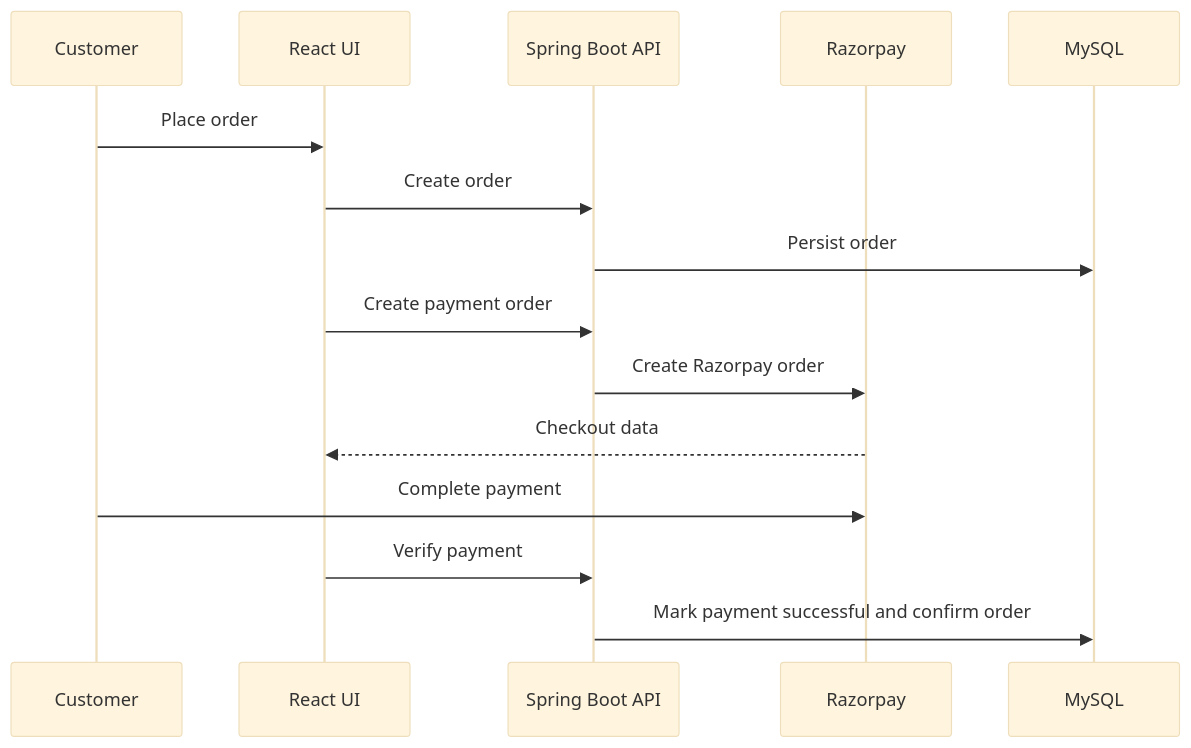
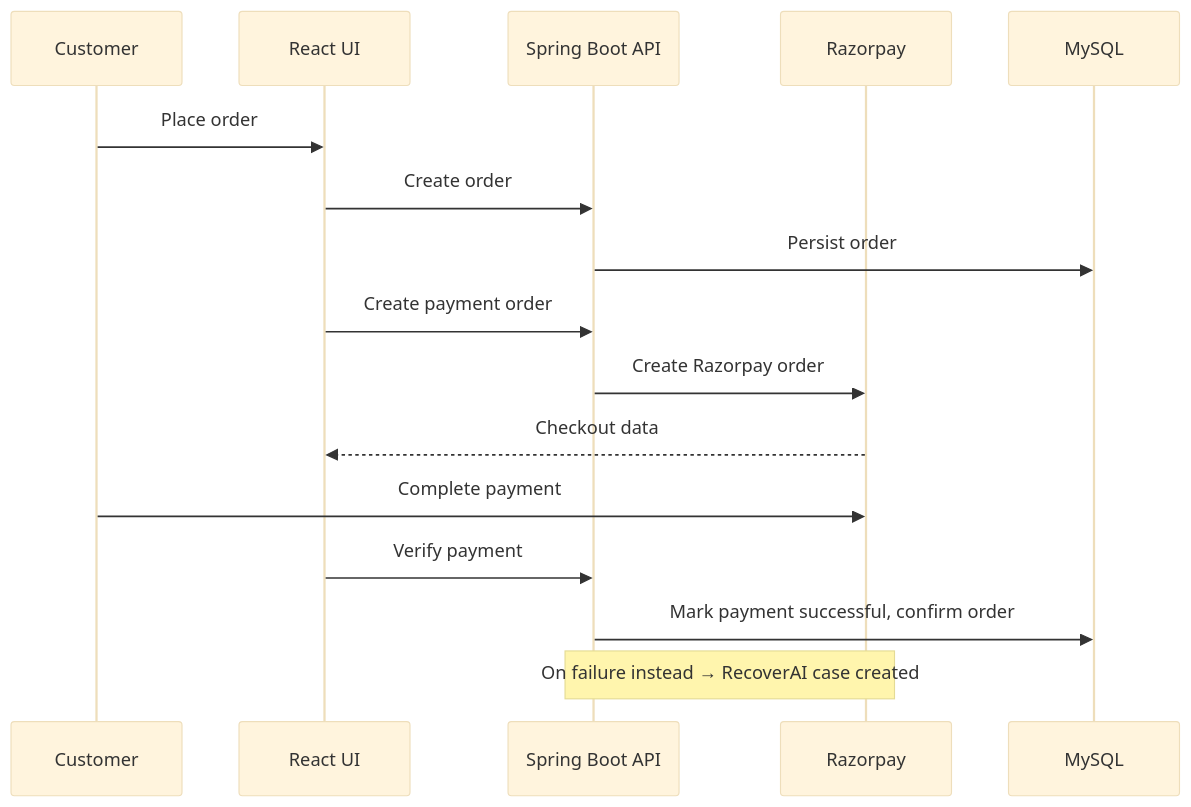
One commit to swatipathak770/nexcart changed the second of 2 diagrams in README.md. Above: the diagram before and after it, drawn with Mermaid (base theme). The commit also changed other lines of this file, not shown here.

````diff
--- a/README.md
+++ b/README.md
@@ -80,18 +118,19 @@
 ```mermaid
 sequenceDiagram
     participant Customer
     participant UI as React UI
     participant API as Spring Boot API
     participant Razorpay
     participant DB as MySQL
-
+ 
     Customer->>UI: Place order
     UI->>API: Create order
     API->>DB: Persist order
     UI->>API: Create payment order
     API->>Razorpay: Create Razorpay order
     Razorpay-->>UI: Checkout data
     Customer->>Razorpay: Complete payment
     UI->>API: Verify payment
-    API->>DB: Mark payment successful and confirm order
+    API->>DB: Mark payment successful, confirm order
+    Note over API,Razorpay: On failure instead → RecoverAI case created
 ```
````
